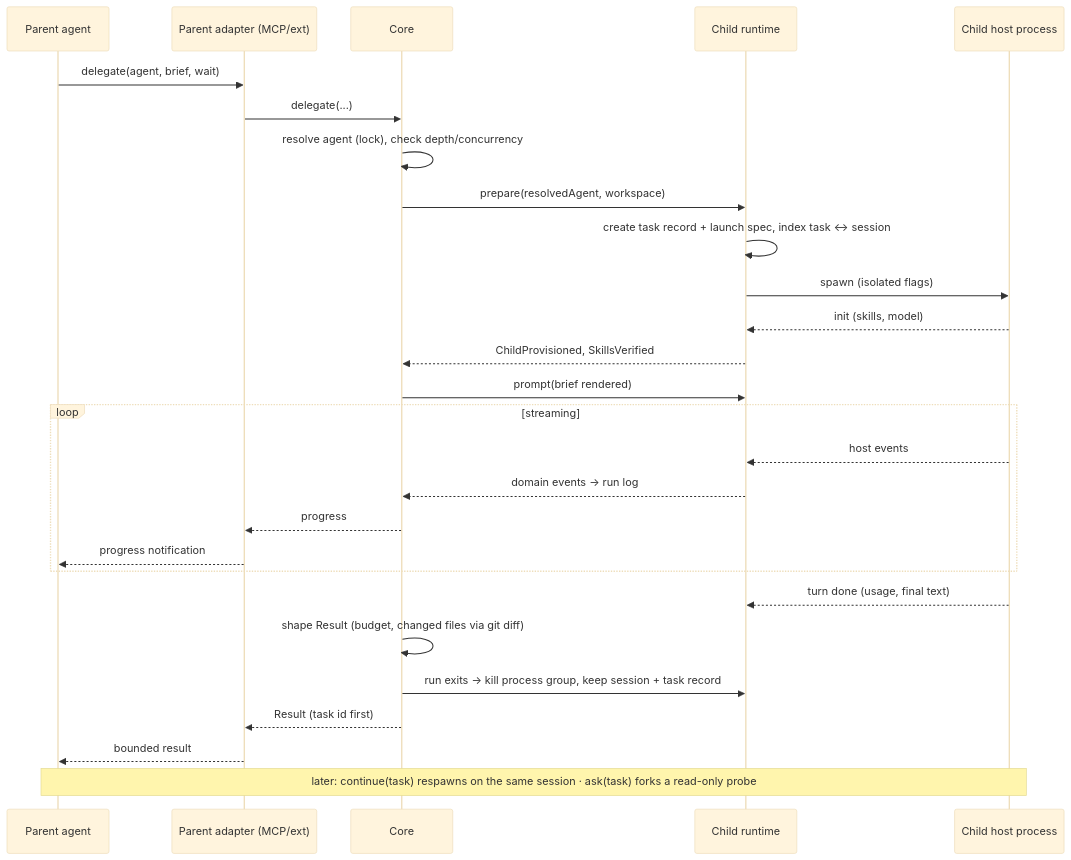
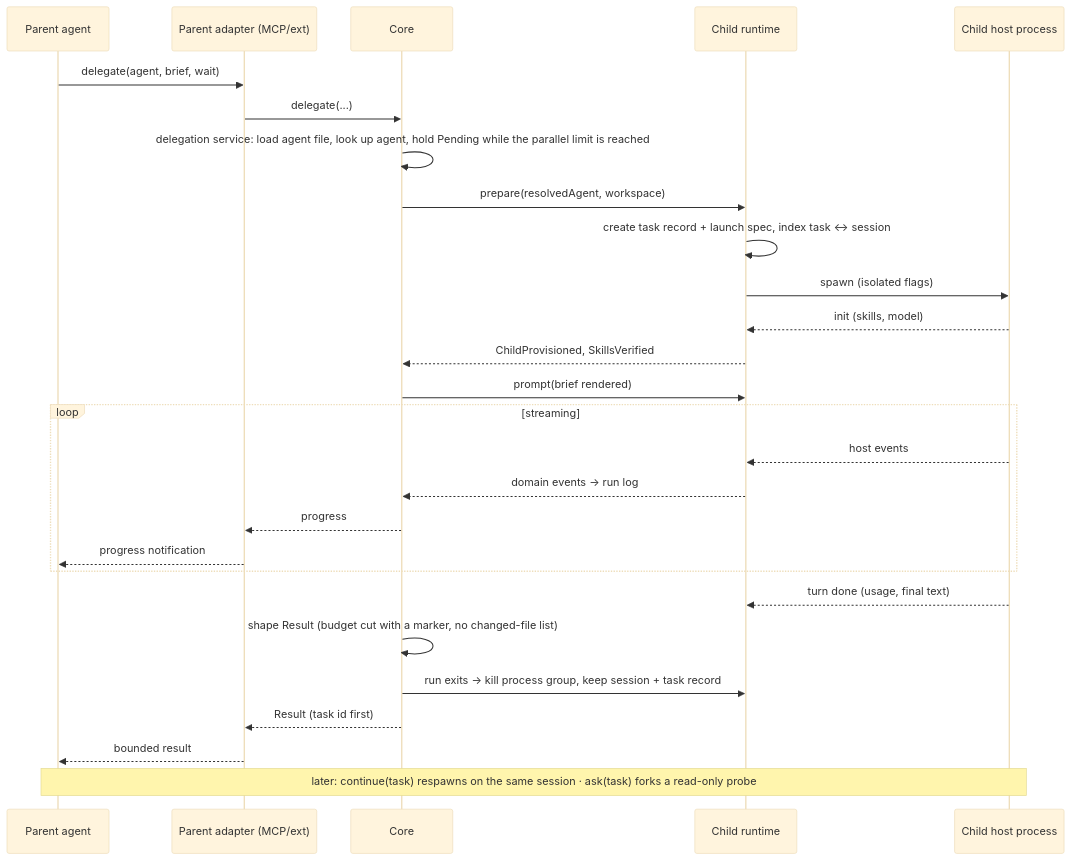
One commit to farhoud/sub0 changed the third of 3 diagrams in docs/design.md. Above: the diagram before and after it, drawn with Mermaid (base theme). The commit also changed other lines of this file and 94 other files, not shown here.

````diff
--- a/docs/design.md
+++ b/docs/design.md
@@ -503,29 +565,29 @@
 ```mermaid
 sequenceDiagram
   participant P as Parent agent
   participant A as Parent adapter (MCP/ext)
   participant C as Core
   participant R as Child runtime
   participant H as Child host process
   P->>A: delegate(agent, brief, wait)
   A->>C: delegate(...)
-  C->>C: resolve agent (lock), check depth/concurrency
+  C->>C: delegation service: load agent file, look up agent, hold Pending while the parallel limit is reached
   C->>R: prepare(resolvedAgent, workspace)
   R->>R: create task record + launch spec, index task ↔ session
   R->>H: spawn (isolated flags)
   H-->>R: init (skills, model)
   R-->>C: ChildProvisioned, SkillsVerified
   C->>R: prompt(brief rendered)
   loop streaming
     H-->>R: host events
     R-->>C: domain events → run log
     C-->>A: progress
     A-->>P: progress notification
   end
   H-->>R: turn done (usage, final text)
-  C->>C: shape Result (budget, changed files via git diff)
+  C->>C: shape Result (budget cut with a marker, no changed-file list)
   C->>R: run exits → kill process group, keep session + task record
   C-->>A: Result (task id first)
   A-->>P: bounded result
   Note over P,H: later: continue(task) respawns on the same session · ask(task) forks a read-only probe
 ```
````
